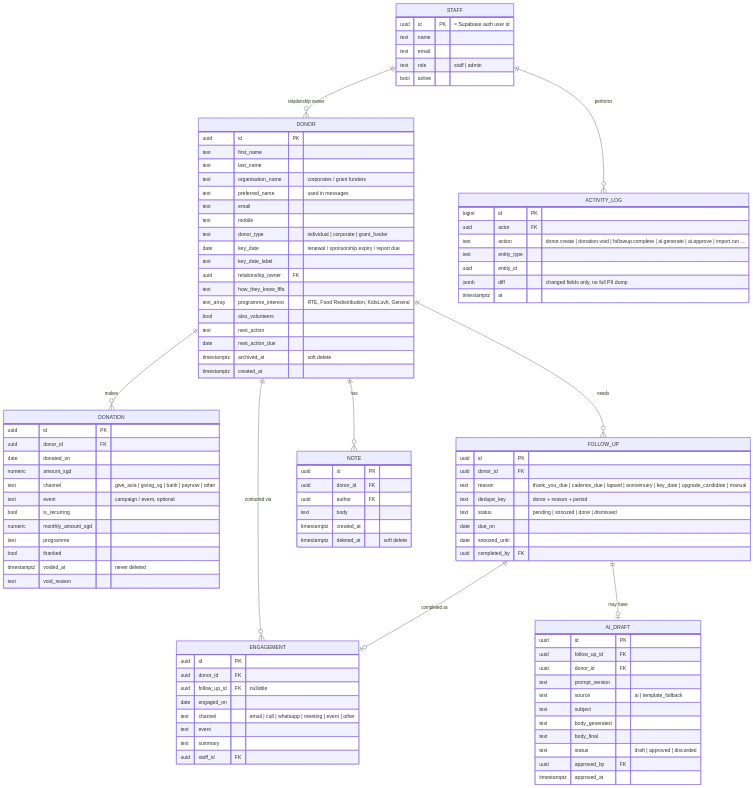
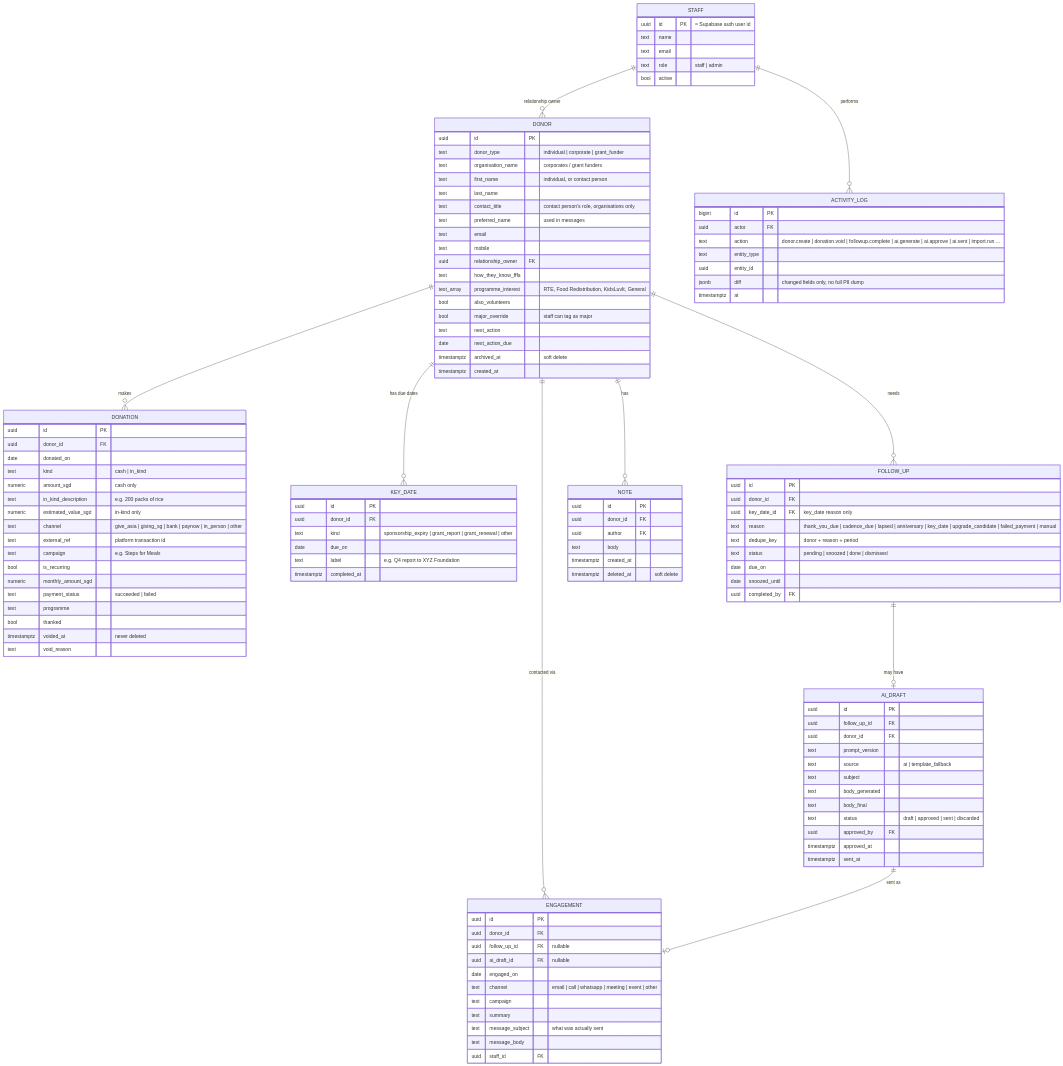
The second of 3 diagrams in docs/SYSTEM_DESIGN.md (LeanneLee97/FFFA-Donor-Management-System), drawn with Mermaid before and after one commit. The commit also changed other lines of this file and 1 other file, not shown here.

```diff
--- a/docs/SYSTEM_DESIGN.md
+++ b/docs/SYSTEM_DESIGN.md
@@ -75,11 +77,12 @@
 erDiagram
     STAFF ||--o{ DONOR : "relationship owner"
     DONOR ||--o{ DONATION : makes
+    DONOR ||--o{ KEY_DATE : "has due dates"
     DONOR ||--o{ ENGAGEMENT : "contacted via"
     DONOR ||--o{ FOLLOW_UP : "needs"
     DONOR ||--o{ NOTE : has
     FOLLOW_UP ||--o| AI_DRAFT : "may have"
-    FOLLOW_UP ||--o| ENGAGEMENT : "completed as"
+    AI_DRAFT ||--o| ENGAGEMENT : "sent as"
     STAFF ||--o{ ACTIVITY_LOG : performs
 
     STAFF {
@@ -91,19 +94,19 @@
     }
     DONOR {
         uuid id PK
-        text first_name
+        text donor_type "individual | corporate | grant_funder"
+        text organisation_name "corporates / grant funders"
+        text first_name "individual, or contact person"
         text last_name
-        text organisation_name "corporates / grant funders"
+        text contact_title "contact person's role, organisations only"
         text preferred_name "used in messages"
         text email
         text mobile
-        text donor_type "individual | corporate | grant_funder"
-        date key_date "renewal / sponsorship expiry / report due"
-        text key_date_label
         uuid relationship_owner FK
         text how_they_know_fffa
         text_array programme_interest "RTE, Food Redistribution, KidsLuvIt, General"
         bool also_volunteers
+        bool major_override "staff can tag as major"
         text next_action
         date next_action_due
         timestamptz archived_at "soft delete"
@@ -113,24 +116,40 @@
         uuid id PK
         uuid donor_id FK
         date donated_on
-        numeric amount_sgd
-        text channel "give_asia | giving_sg | bank | paynow | other"
-        text event "campaign / event, optional"
+        text kind "cash | in_kind"
+        numeric amount_sgd "cash only"
+        text in_kind_description "e.g. 200 packs of rice"
+        numeric estimated_value_sgd "in-kind only"
+        text channel "give_asia | giving_sg | bank | paynow | in_person | other"
+        text external_ref "platform transaction id"
+        text campaign "e.g. Steps for Meals"
         bool is_recurring
         numeric monthly_amount_sgd
+        text payment_status "succeeded | failed"
         text programme
         bool thanked
         timestamptz voided_at "never deleted"
         text void_reason
     }
+    KEY_DATE {
+        uuid id PK
+        uuid donor_id FK
+        text kind "sponsorship_expiry | grant_report | grant_renewal | other"
+        date due_on
+        text label "e.g. Q4 report to XYZ Foundation"
+        timestamptz completed_at
+    }
     ENGAGEMENT {
         uuid id PK
         uuid donor_id FK
         uuid follow_up_id FK "nullable"
+        uuid ai_draft_id FK "nullable"
         date engaged_on
         text channel "email | call | whatsapp | meeting | event | other"
-        text event
+        text campaign
         text summary
+        text message_subject "what was actually sent"
+        text message_body
         uuid staff_id FK
     }
     NOTE {
@@ -144,7 +163,8 @@
     FOLLOW_UP {
         uuid id PK
         uuid donor_id FK
-        text reason "thank_you_due | cadence_due | lapsed | anniversary | key_date | upgrade_candidate | manual"
+        uuid key_date_id FK "key_date reason only"
+        text reason "thank_you_due | cadence_due | lapsed | anniversary | key_date | upgrade_candidate | failed_payment | manual"
         text dedupe_key "donor + reason + period"
         text status "pending | snoozed | done | dismissed"
         date due_on
@@ -160,14 +180,15 @@
         text subject
         text body_generated
         text body_final
-        text status "draft | approved | discarded"
+        text status "draft | approved | sent | discarded"
         uuid approved_by FK
         timestamptz approved_at
+        timestamptz sent_at
     }
     ACTIVITY_LOG {
         bigint id PK
         uuid actor FK
-        text action "donor.create | donation.void | followup.complete | ai.generate | ai.approve | import.run ..."
+        text action "donor.create | donation.void | followup.complete | ai.generate | ai.approve | ai.sent | import.run ..."
         text entity_type
         uuid entity_id
         jsonb diff "changed fields only, no full PII dump"
```
